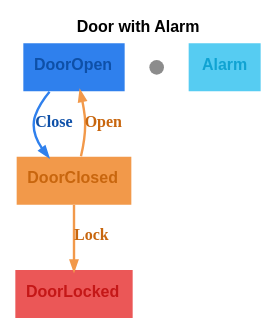
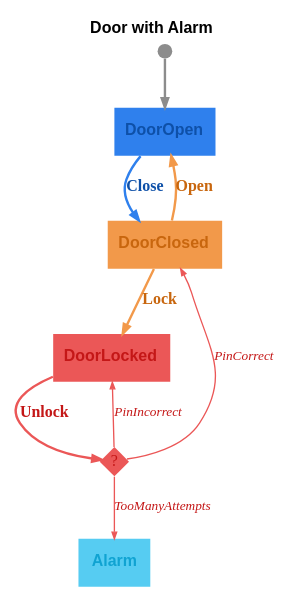
One commit to m-bock/purescript-transit changed the diagram in graphs/door-with-alarm.dot. Above: the diagram before and after it, drawn with Graphviz. The commit also changed 12 other files, not shown here.

Commit message:
Enhance door state graphs by adding decision nodes for unlocking scenarios. Update DOT and SVG representations for Door with Alarm, Door with Lock, and Door with Pin to reflect new decision structures and improve visualization of state transitions. Ensure consistent state management across examples.

```diff
--- a/graphs/door-with-alarm.dot
+++ b/graphs/door-with-alarm.dot
@@ -1,12 +1,18 @@
 digraph 
 {
 rankdir = "TD";fontname = "Arial";label = <<b>Door with Alarm</b>>;labelloc = "t";fontsize = 12
 DoorOpen [shape = "box", label = <<b>DoorOpen</b>>, fontsize = 12, style = "filled", fillcolor = "#2f80ed", fontcolor = "#0e50a8", fontname = "Arial", labelloc = "c", penwidth = 0.0]
 __Start__ [shape = "circle", label = "", width = 0.15, height = 0.15, fixedsize = true, style = "filled", fillcolor = "#8c8c8c", penwidth = 0.0]
+__Start__ -> DoorOpen [color = "#8c8c8c", fontsize = 12, arrowsize = "0.7", penwidth = 1.8]
 DoorOpen -> DoorClosed [color = "#2f80ed", fontcolor = "#0e50a8", fontsize = 12, arrowsize = "0.7", label = <<b>Close</b>>, penwidth = 1.8]
 DoorClosed [shape = "box", label = <<b>DoorClosed</b>>, fontsize = 12, style = "filled", fillcolor = "#f2994a", fontcolor = "#c8660e", fontname = "Arial", labelloc = "c", penwidth = 0.0]
 DoorClosed -> DoorOpen [color = "#f2994a", fontcolor = "#c8660e", fontsize = 12, arrowsize = "0.7", label = <<b>Open</b>>, penwidth = 1.8]
 DoorClosed -> DoorLocked [color = "#f2994a", fontcolor = "#c8660e", fontsize = 12, arrowsize = "0.7", label = <<b>Lock</b>>, penwidth = 1.8]
 DoorLocked [shape = "box", label = <<b>DoorLocked</b>>, fontsize = 12, style = "filled", fillcolor = "#eb5757", fontcolor = "#c41717", fontname = "Arial", labelloc = "c", penwidth = 0.0]
+decision_DoorLocked_Unlock [shape = "diamond", label = "?", fontsize = 12, fontcolor = "#c41717", style = "filled", fillcolor = "#eb5757", penwidth = 0.0, fixedsize = true, width = 0.3, height = 0.3]
+DoorLocked -> decision_DoorLocked_Unlock [color = "#eb5757", fontcolor = "#c41717", fontsize = 12, arrowsize = "0.7", label = <<b>Unlock</b>>, penwidth = 1.8]
+decision_DoorLocked_Unlock -> Alarm [color = "#eb5757", fontcolor = "#c41717", fontsize = 10, arrowsize = "0.5", label = <<i>TooManyAttempts</i>>, penwidth = 1.8, penwidth = 1.0]
+decision_DoorLocked_Unlock -> DoorLocked [color = "#eb5757", fontcolor = "#c41717", fontsize = 10, arrowsize = "0.5", label = <<i>PinIncorrect</i>>, penwidth = 1.8, penwidth = 1.0]
+decision_DoorLocked_Unlock -> DoorClosed [color = "#eb5757", fontcolor = "#c41717", fontsize = 10, arrowsize = "0.5", label = <<i>PinCorrect</i>>, penwidth = 1.8, penwidth = 1.0]
 Alarm [shape = "box", label = <<b>Alarm</b>>, fontsize = 12, style = "filled", fillcolor = "#56ccf2", fontcolor = "#10a3d2", fontname = "Arial", labelloc = "c", penwidth = 0.0]
 }
```
